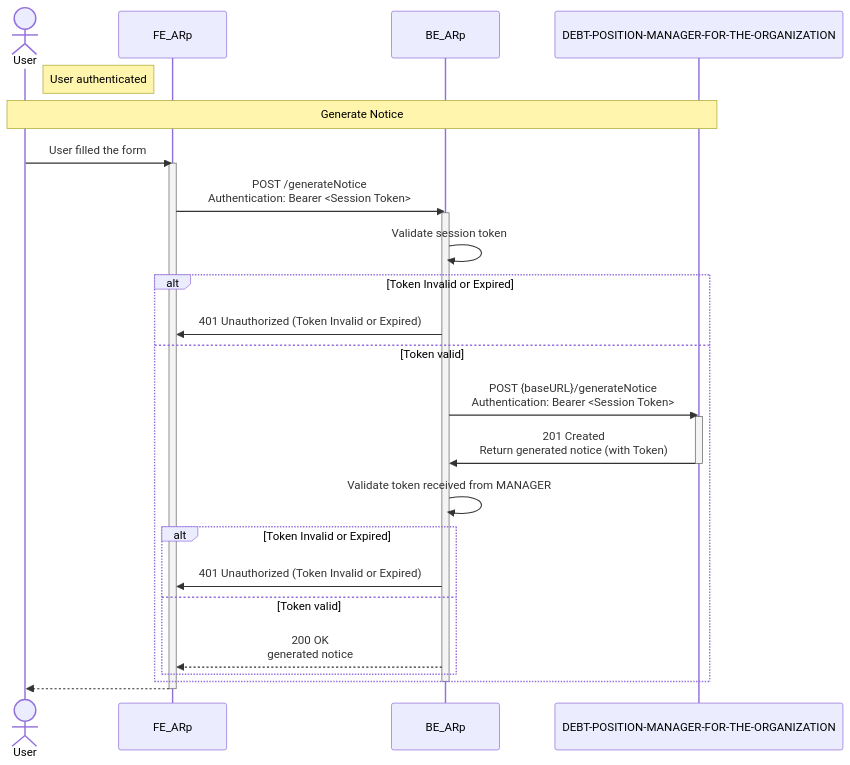
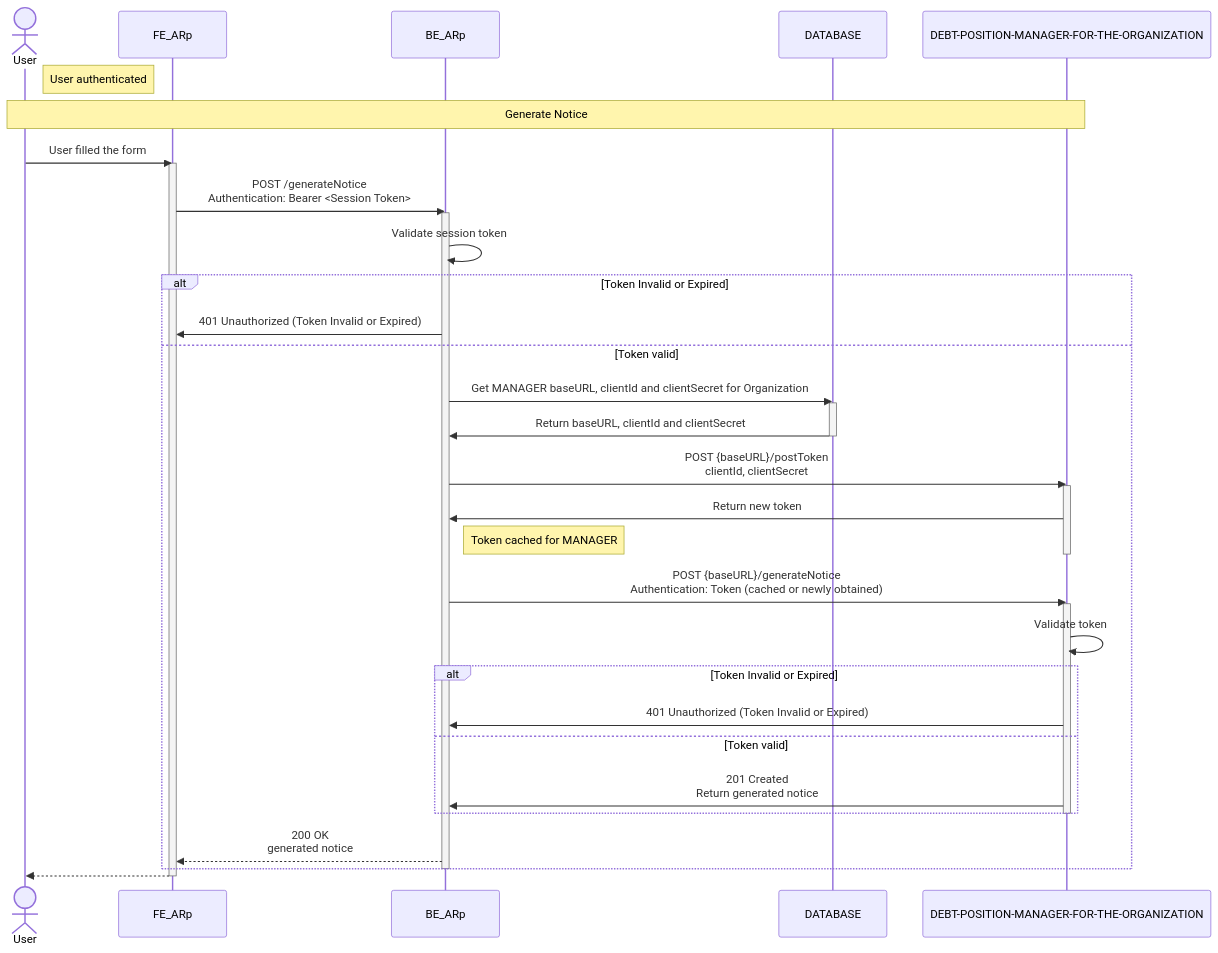
One commit to pagopa/arc-doc changed the diagram in design/arc/spontaneous/sequence_diagram_generate_notice.mmd. Above: the diagram before and after it, drawn with Mermaid. The commit also changed 3 other files, not shown here.

Commit message:
P4PU-820 updated sequence diagram

```diff
--- a/design/arc/spontaneous/sequence_diagram_generate_notice.mmd
+++ b/design/arc/spontaneous/sequence_diagram_generate_notice.mmd
@@ -1,31 +1,45 @@
 sequenceDiagram
-    actor User
-    participant FE_ARp
-    participant BE_ARp
-    participant MANAGER as DEBT-POSITION-MANAGER-FOR-THE-ORGANIZATION
 
-    note right of User: User authenticated
-    note over User, MANAGER : Generate Notice
-    User ->> FE_ARp : User filled the form
-    activate FE_ARp
-        FE_ARp ->> BE_ARp : POST /generateNotice <br> Authentication: Bearer <Session Token>
-        activate BE_ARp
-            BE_ARp ->> BE_ARp : Validate session token
-            alt Token Invalid or Expired
-                BE_ARp ->> FE_ARp : 401 Unauthorized (Token Invalid or Expired)
-            else Token valid
-                BE_ARp ->> MANAGER : POST {baseURL}/generateNotice <br> Authentication: Bearer <Session Token>
-                activate MANAGER
-                    MANAGER ->> BE_ARp : 201 Created <br> Return generated notice (with Token)
-                deactivate MANAGER
+actor User
+participant FE_ARp
+participant BE_ARp
+participant DB as DATABASE
+participant MANAGER as DEBT-POSITION-MANAGER-FOR-THE-ORGANIZATION
 
-                BE_ARp ->> BE_ARp : Validate token received from MANAGER
+note right of User: User authenticated
+note over User, MANAGER : Generate Notice
+User ->> FE_ARp : User filled the form
+activate FE_ARp
+    FE_ARp ->> BE_ARp : POST /generateNotice <br> Authentication: Bearer <Session Token>
+    activate BE_ARp
+        BE_ARp ->> BE_ARp : Validate session token
+        alt Token Invalid or Expired
+            BE_ARp ->> FE_ARp : 401 Unauthorized (Token Invalid or Expired)
+        else Token valid
+            BE_ARp ->> DB : Get MANAGER baseURL, clientId and clientSecret for Organization
+
+            activate DB
+                DB ->> BE_ARp : Return baseURL, clientId and clientSecret
+            deactivate DB
+
+            BE_ARp ->> MANAGER : POST {baseURL}/postToken <br> clientId, clientSecret
+            activate MANAGER
+                MANAGER ->> BE_ARp : Return new token
+                note right of BE_ARp : Token cached for MANAGER
+            deactivate MANAGER
+
+            BE_ARp ->> MANAGER : POST {baseURL}/generateNotice <br> Authentication: Token (cached or newly obtained)
+            activate MANAGER
+                MANAGER ->> MANAGER: Validate token
                 alt Token Invalid or Expired
-                    BE_ARp ->> FE_ARp : 401 Unauthorized (Token Invalid or Expired)
+                    MANAGER ->> BE_ARp : 401 Unauthorized (Token Invalid or Expired)
                 else Token valid
-                    BE_ARp -->> FE_ARp : 200 OK <br> generated notice
+                    MANAGER ->> BE_ARp : 201 Created <br> Return generated notice
                 end
-            end
-        deactivate BE_ARp
-        FE_ARp -->> User: #
-    deactivate FE_ARp
+            deactivate MANAGER
+
+            BE_ARp -->> FE_ARp : 200 OK <br> generated notice
+        end
+    deactivate BE_ARp
+    FE_ARp -->> User: #
+deactivate FE_ARp
```
